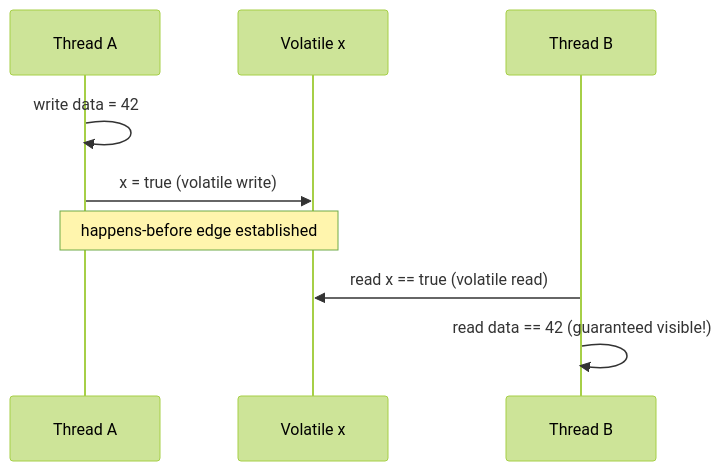
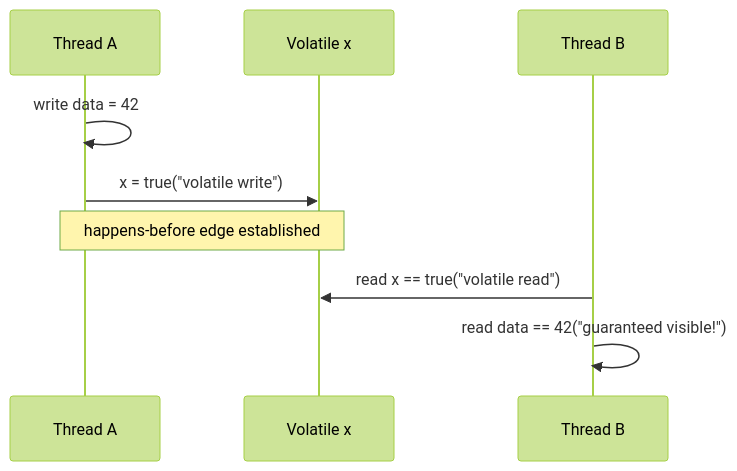
The diagram in content/questions/fundamentals/java-memory-model.md (pploc/swe-icon-the-moment), drawn with Mermaid (forest theme) before and after one commit. The commit also changed 167 other files, not shown here.

````diff
--- a/content/questions/fundamentals/java-memory-model.md
+++ b/content/questions/fundamentals/java-memory-model.md
@@ -33,11 +33,12 @@
 ```mermaid
 sequenceDiagram
     participant A as Thread A
     participant X as Volatile x
     participant B as Thread B
     A->>A: write data = 42
-    A->>X: x = true  (volatile write)
+    A->>X: x = true("volatile write")
     Note over A,X: happens-before edge established
-    B->>X: read x == true (volatile read)
-    B->>B: read data == 42  (guaranteed visible!)
+    B->>X: read x == true("volatile read")
+    B->>B: read data == 42("guaranteed visible!")
+
 ```
````
